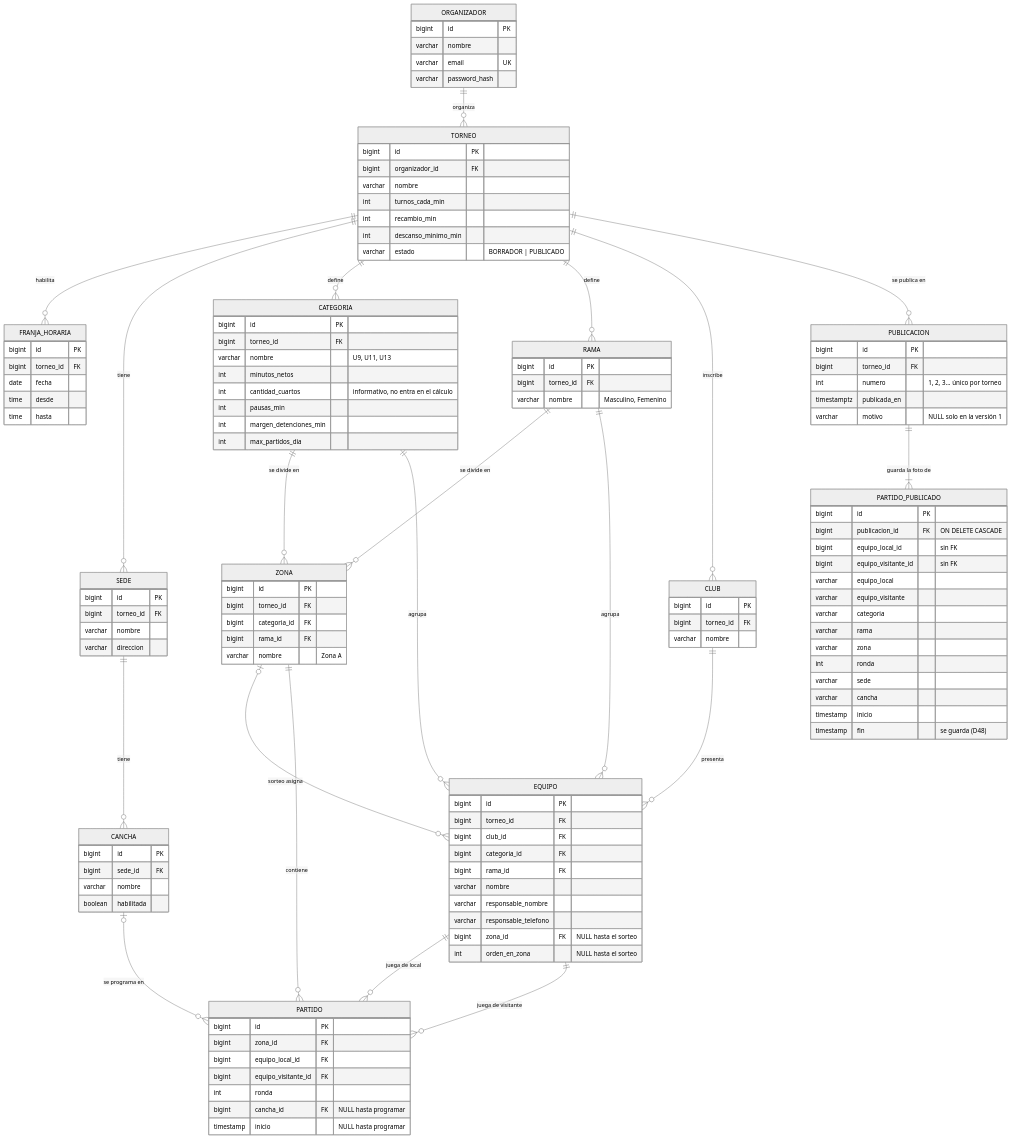
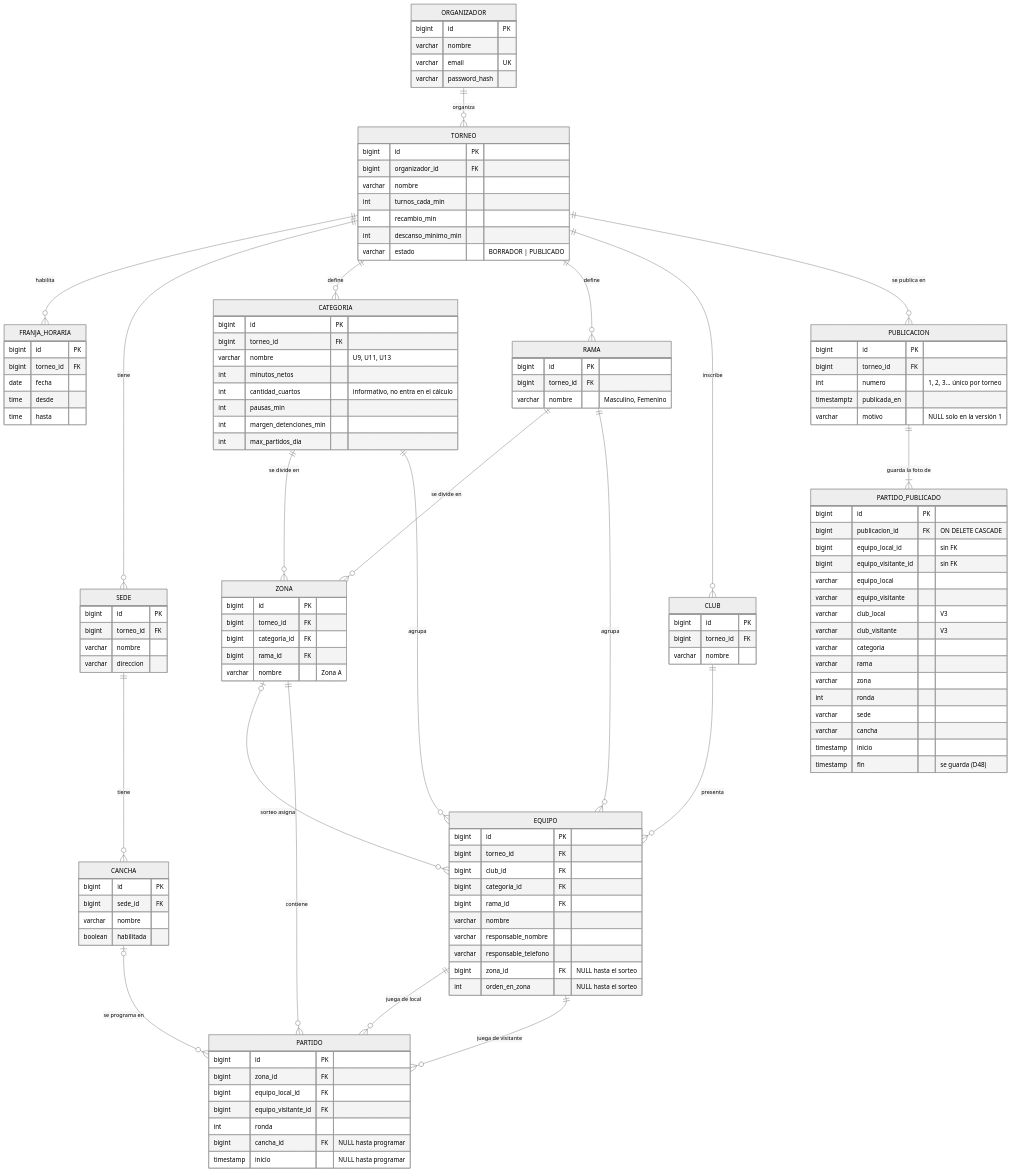
Before and after one commit to tadeo14/tp_final: the diagram in docs/der.md, drawn with Mermaid (neutral theme). The commit also changed other lines of this file and 3 other files, not shown here.

```diff
--- a/docs/der.md
+++ b/docs/der.md
@@ -124,6 +125,8 @@
         bigint equipo_visitante_id "sin FK"
         varchar equipo_local
         varchar equipo_visitante
+        varchar club_local "V3"
+        varchar club_visitante "V3"
         varchar categoria
         varchar rama
         varchar zona
```
